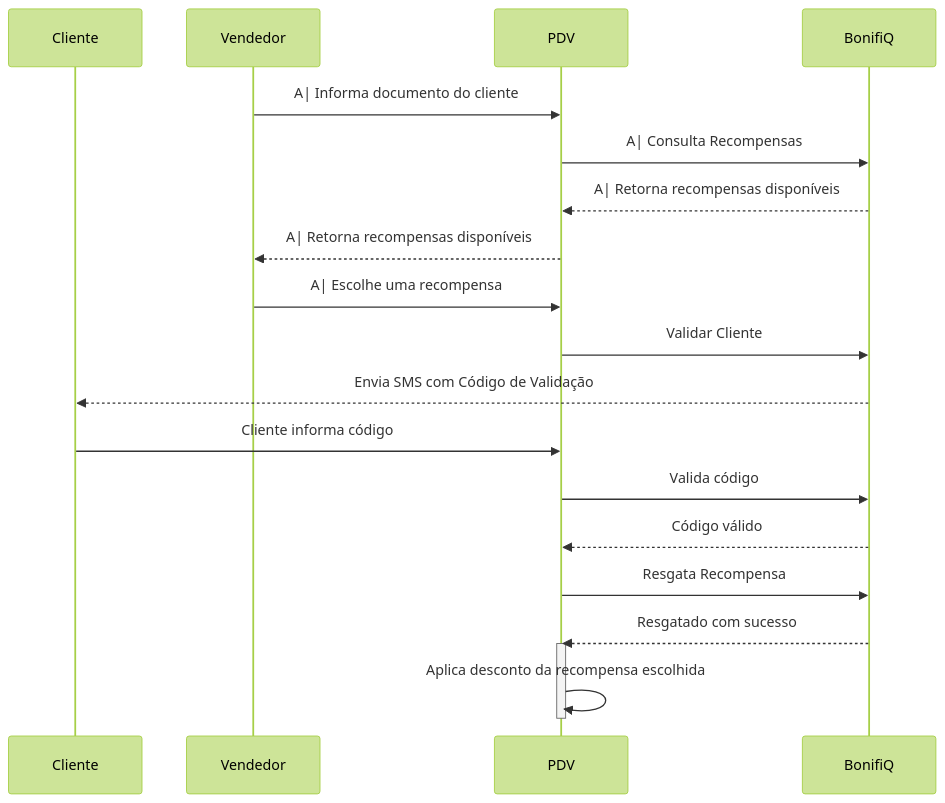
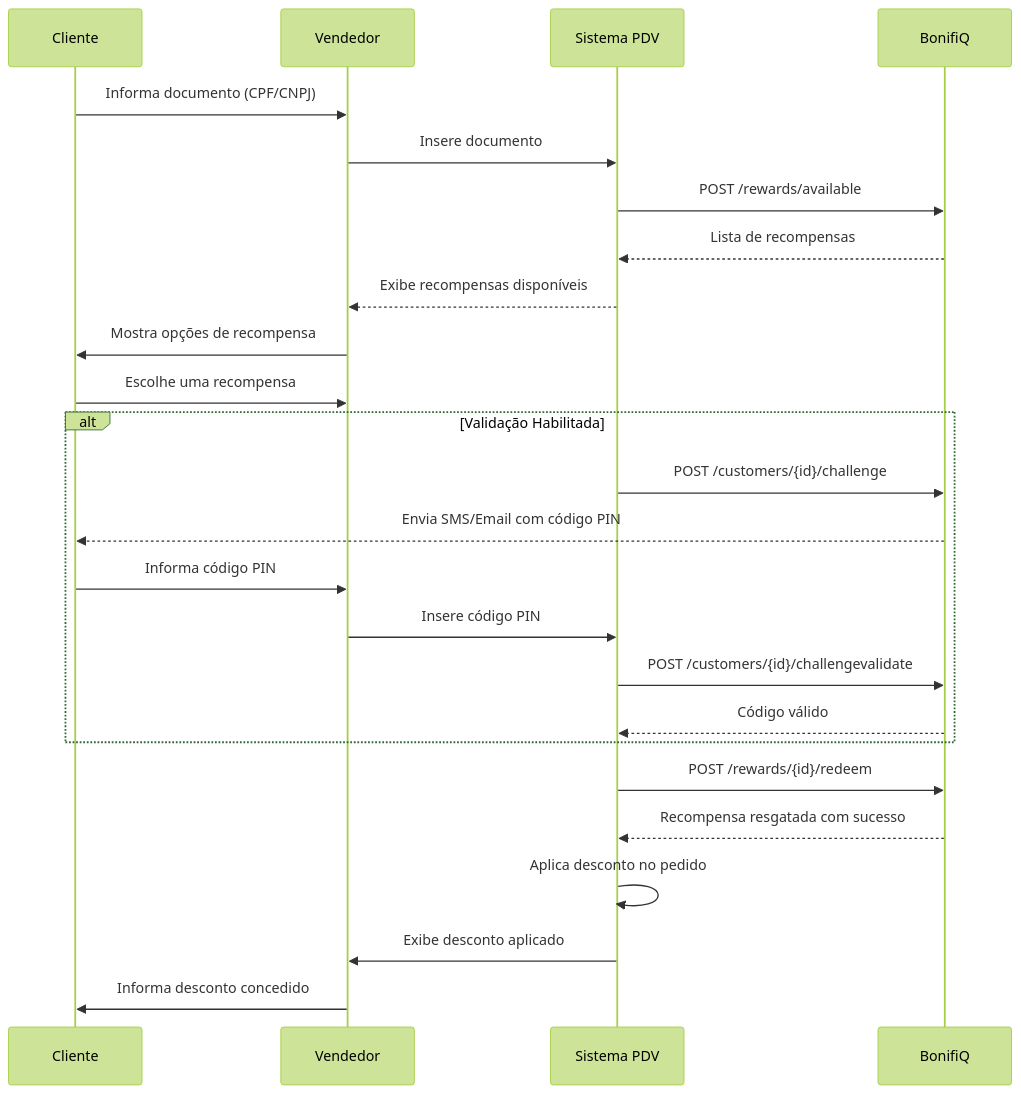
One commit to sandercamargo/docs changed the first of 2 diagrams in guias/pdv-pos.mdx. Above: the diagram before and after it, drawn with Mermaid (forest theme). The commit also changed other lines of this file, not shown here.

````diff
--- a/guias/pdv-pos.mdx
+++ b/guias/pdv-pos.mdx
@@ -12,23 +35,30 @@
 ```mermaid
 sequenceDiagram
-    participant Cliente
-    participant Vendedor
-    participant PDV
-    participant BonifiQ
+    participant C as Cliente
+    participant V as Vendedor
+    participant PDV as Sistema PDV
+    participant B as BonifiQ
 
-    Vendedor->>PDV: A| Informa documento do cliente
-    PDV->>BonifiQ: A| Consulta Recompensas
-    BonifiQ-->>PDV: A| Retorna recompensas disponíveis
-    PDV-->>Vendedor: A| Retorna recompensas disponíveis
-    Vendedor->>PDV: A| Escolhe uma recompensa
-    PDV->>BonifiQ: Validar Cliente
-    BonifiQ-->>Cliente: Envia SMS com Código de Validação
-    Cliente->>PDV: Cliente informa código
-    PDV->>BonifiQ: Valida código
-    BonifiQ-->>PDV: Código válido
-    PDV->>BonifiQ: Resgata Recompensa
-    BonifiQ-->>PDV: Resgatado com sucesso
-    activate PDV
-    PDV->>PDV: Aplica desconto da recompensa escolhida
-    deactivate PDV
+    C->>V: Informa documento (CPF/CNPJ)
+    V->>PDV: Insere documento
+    PDV->>B: POST /rewards/available
+    B-->>PDV: Lista de recompensas
+    PDV-->>V: Exibe recompensas disponíveis
+    V->>C: Mostra opções de recompensa
+    C->>V: Escolhe uma recompensa
+    
+    alt Validação Habilitada
+        PDV->>B: POST /customers/{id}/challenge
+        B-->>C: Envia SMS/Email com código PIN
+        C->>V: Informa código PIN
+        V->>PDV: Insere código PIN
+        PDV->>B: POST /customers/{id}/challengevalidate
+        B-->>PDV: Código válido
+    end
+    
+    PDV->>B: POST /rewards/{id}/redeem
+    B-->>PDV: Recompensa resgatada com sucesso
+    PDV->>PDV: Aplica desconto no pedido
+    PDV->>V: Exibe desconto aplicado
+    V->>C: Informa desconto concedido
 ```
````
